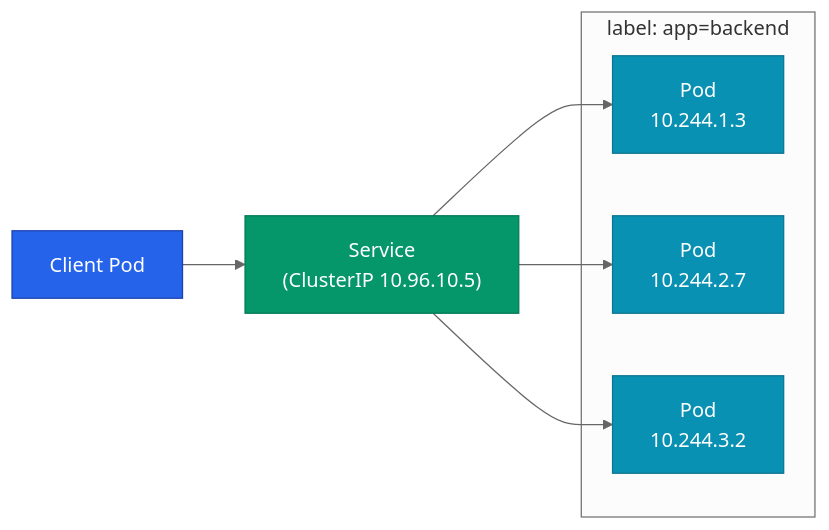
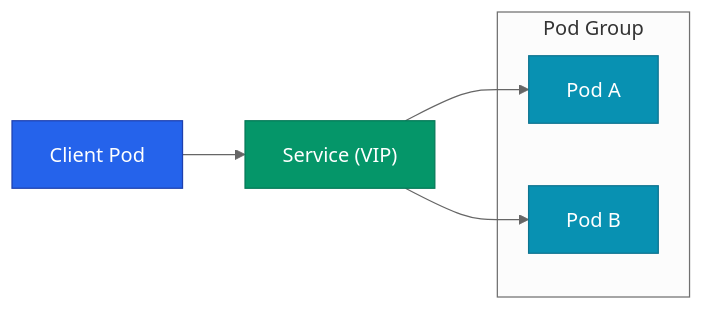
One commit to No1Joon/No1Joon.github.io changed the first of 2 diagrams in _posts/container-orchestration/2026-04-20-kubernetes-03-networking.md. Above: the diagram before and after it, drawn with Mermaid (neutral theme). The commit also changed other lines of this file and 15 other files, not shown here.

````diff
--- a/_posts/container-orchestration/2026-04-20-kubernetes-03-networking.md
+++ b/_posts/container-orchestration/2026-04-20-kubernetes-03-networking.md
@@ -30,24 +17,21 @@
 ```mermaid
 flowchart LR
-    CLIENT["Client Pod"]
-    SVC["Service<br/>(ClusterIP 10.96.10.5)"]
-
-    subgraph backend ["label: app=backend"]
-        P1["Pod<br/>10.244.1.3"]
-        P2["Pod<br/>10.244.2.7"]
-        P3["Pod<br/>10.244.3.2"]
+    Client["Client Pod"]
+    SVC["Service (VIP)"]
+    subgraph pods [Pod Group]
+        P1["Pod A"]
+        P2["Pod B"]
     end
 
-    CLIENT --> SVC
+    Client --> SVC
     SVC --> P1
     SVC --> P2
-    SVC --> P3
 
-    classDef client fill:#2563eb,stroke:#1e40af,color:#ffffff
-    classDef service fill:#059669,stroke:#047857,color:#ffffff
-    classDef pod fill:#0891b2,stroke:#0e7490,color:#ffffff
+    classDef primary fill:#2563eb,stroke:#1e40af,color:#ffffff
+    classDef success fill:#059669,stroke:#047857,color:#ffffff
+    classDef info fill:#0891b2,stroke:#0e7490,color:#ffffff
 
-    class CLIENT client
-    class SVC service
-    class P1,P2,P3 pod
+    class Client primary
+    class SVC success
+    class P1,P2 info
 ```
````
